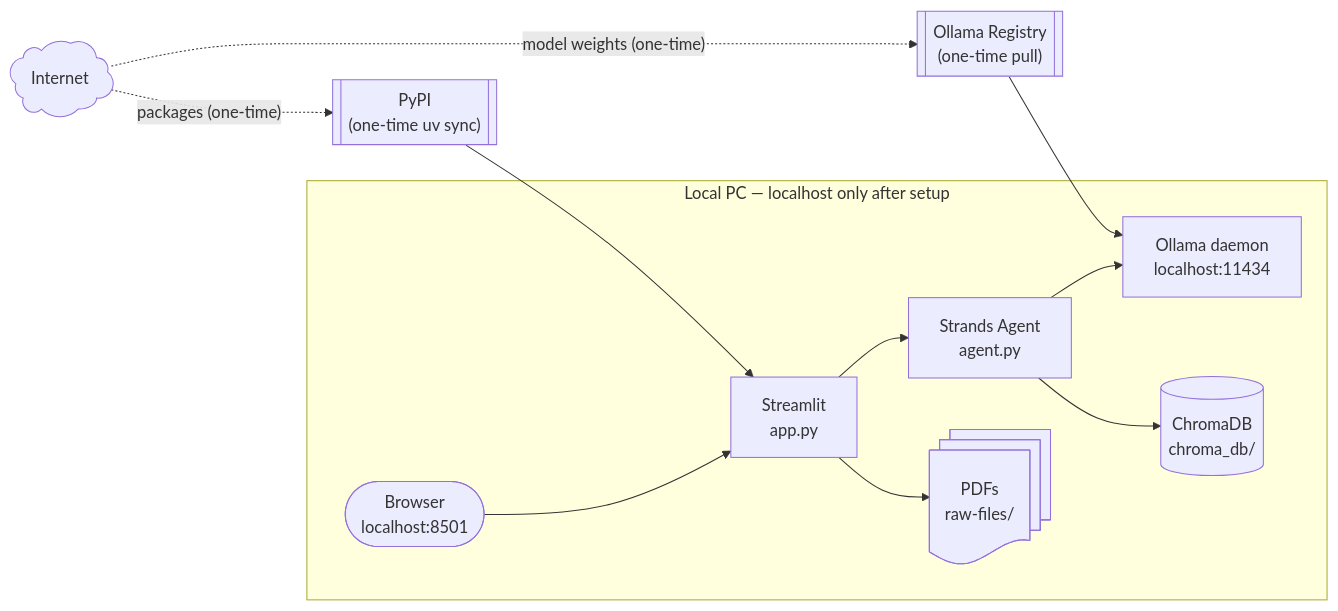
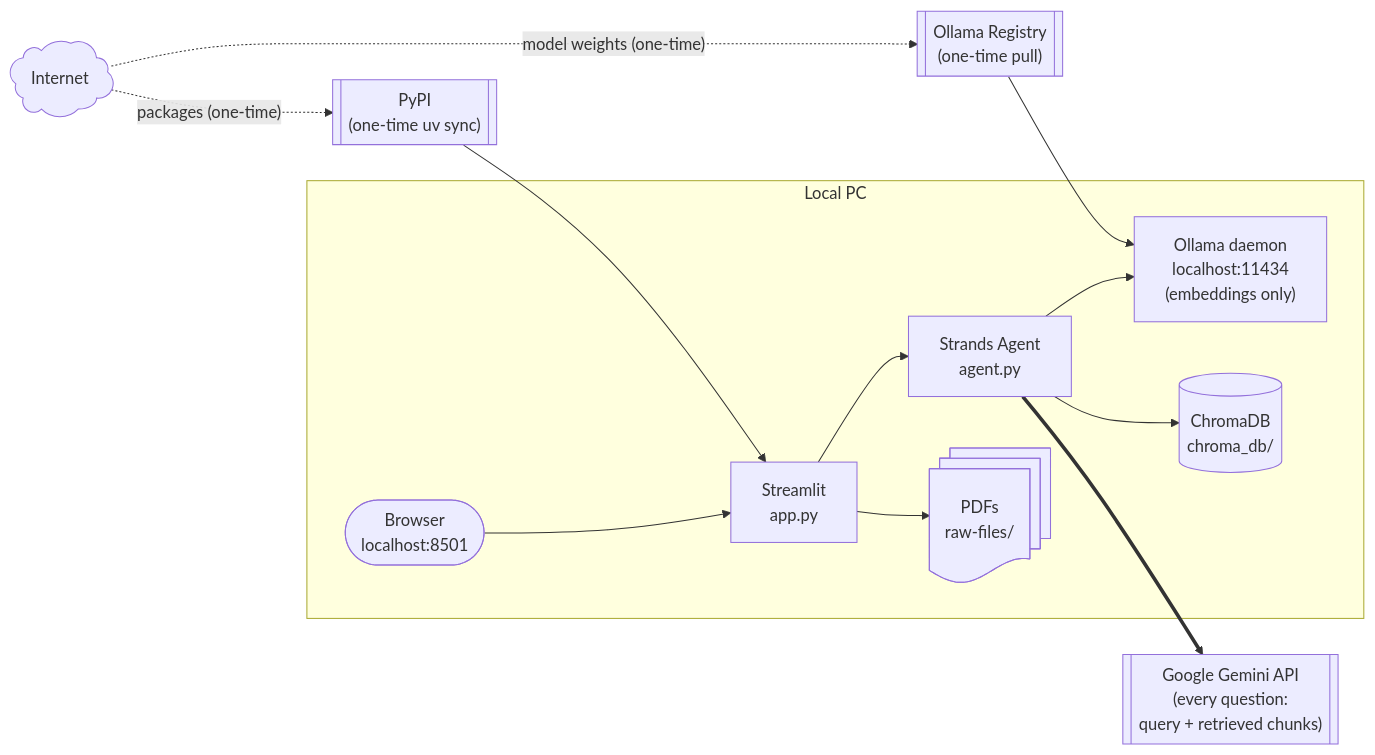
Before and after one commit to AWDubs/Local-RAG: the second of 2 diagrams in docs/implementation/README.md, drawn with Mermaid. The commit also changed other lines of this file and 11 other files, not shown here.

````diff
--- a/docs/implementation/README.md
+++ b/docs/implementation/README.md
@@ -95,28 +99,30 @@
 ```mermaid
 flowchart LR
     accTitle: Network boundary — what leaves the PC vs what stays local
-    accDescr: Only model downloads cross the network boundary; all inference and data stays on localhost.
+    accDescr: After setup, the only ongoing external traffic is the Gemini generation call (question + retrieved chunks). PDFs, embeddings, and the vector store stay on-device.
 
     internet@{ shape: cloud, label: "Internet" }
     ollama_reg@{ shape: subproc, label: "Ollama Registry\n(one-time pull)" }
     pypi@{ shape: subproc, label: "PyPI\n(one-time uv sync)" }
+    gemini_api@{ shape: subproc, label: "Google Gemini API\n(every question:\nquery + retrieved chunks)" }
 
-    subgraph local["Local PC — localhost only after setup"]
+    subgraph local["Local PC"]
         browser@{ shape: stadium, label: "Browser\nlocalhost:8501" }
         streamlit@{ shape: rect, label: "Streamlit\napp.py" }
         strands@{ shape: rect, label: "Strands Agent\nagent.py" }
-        ollama_d@{ shape: rect, label: "Ollama daemon\nlocalhost:11434" }
+        ollama_d@{ shape: rect, label: "Ollama daemon\nlocalhost:11434\n(embeddings only)" }
         chroma_d@{ shape: cyl, label: "ChromaDB\nchroma_db/" }
         pdfs@{ shape: docs, label: "PDFs\nraw-files/" }
     end
 
     internet -. "model weights (one-time)" .-> ollama_reg
     internet -. "packages (one-time)" .-> pypi
     ollama_reg --> ollama_d
     pypi --> streamlit
     browser --> streamlit
     streamlit --> strands
     strands --> ollama_d
     strands --> chroma_d
+    strands ==> gemini_api
     streamlit --> pdfs
 ```
````
